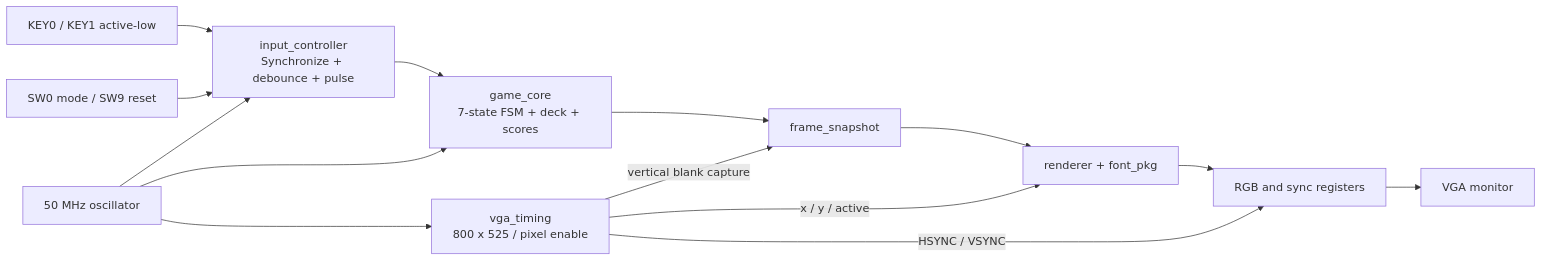
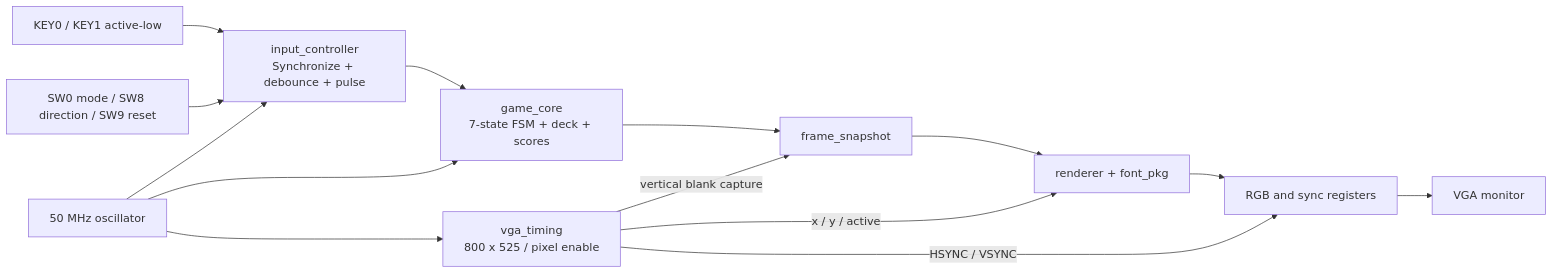
Before and after one commit to Naadeer005/digiproject2006: the first of 2 diagrams in docs/design.md, drawn with Mermaid. The commit also changed other lines of this file and 6 other files, not shown here.

````diff
--- a/docs/design.md
+++ b/docs/design.md
@@ -9,16 +9,16 @@
 ```mermaid
 flowchart LR
   KEY[KEY0 / KEY1 active-low] --> INPUT[input_controller\nSynchronize + debounce + pulse]
-  SW[SW0 mode / SW9 reset] --> INPUT
+  SW[SW0 mode / SW8 direction / SW9 reset] --> INPUT
   INPUT --> CORE[game_core\n7-state FSM + deck + scores]
   CLOCK[50 MHz oscillator] --> INPUT
   CLOCK --> CORE
   CLOCK --> VGA[vga_timing\n800 x 525 / pixel enable]
   CORE --> SNAP[frame_snapshot]
   VGA -->|vertical blank capture| SNAP
   SNAP --> RENDER[renderer + font_pkg]
   VGA -->|x / y / active| RENDER
   RENDER --> REG[RGB and sync registers]
   VGA -->|HSYNC / VSYNC| REG
   REG --> SCREEN[VGA monitor]
 ```
````
